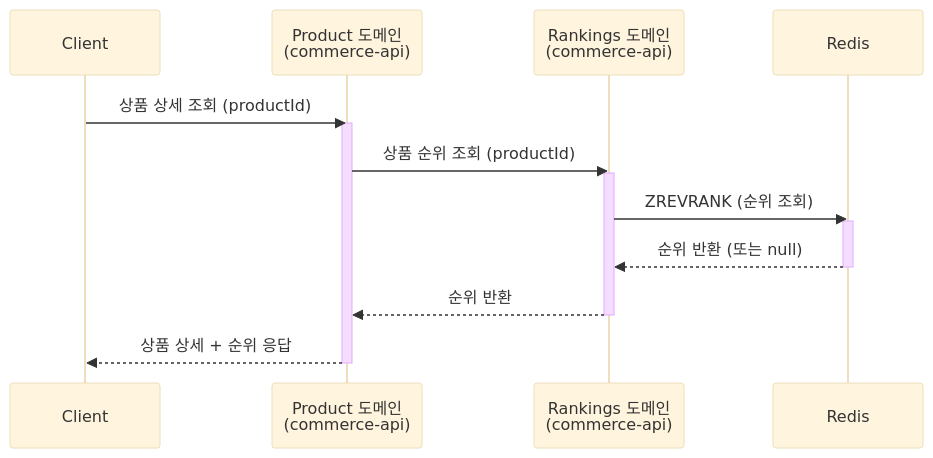
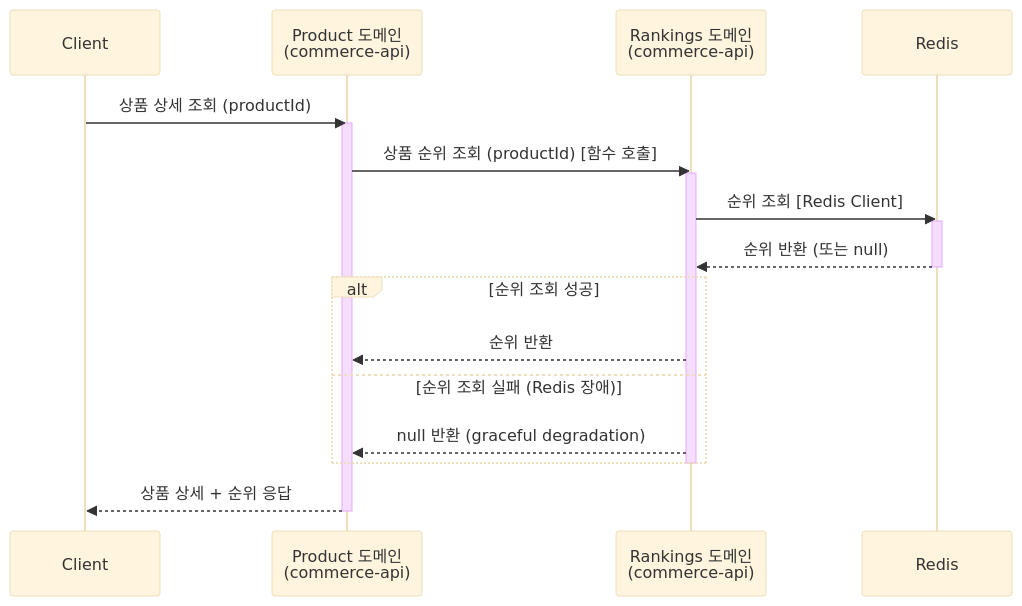
Before and after one commit to Loopers-dev-lab/loopers-spring-kotlin-template: the fourth of 5 diagrams in docs/week9/solution-design-ranking-system.md, drawn with Mermaid (base theme). The commit also changed other lines of this file and 5 other files, not shown here.

````diff
--- a/docs/week9/solution-design-ranking-system.md
+++ b/docs/week9/solution-design-ranking-system.md
@@ -241,22 +226,27 @@
 ```mermaid
 sequenceDiagram
     participant C as Client
     participant PS as Product 도메인<br/>(commerce-api)
     participant RS as Rankings 도메인<br/>(commerce-api)
     participant R as Redis
 
     C->>PS: 상품 상세 조회 (productId)
     activate PS
     
-    PS->>RS: 상품 순위 조회 (productId)
+    PS->>RS: 상품 순위 조회 (productId) [함수 호출]
     activate RS
-    RS->>R: ZREVRANK (순위 조회)
+    RS->>R: 순위 조회 [Redis Client]
     activate R
     R-->>RS: 순위 반환 (또는 null)
     deactivate R
-    RS-->>PS: 순위 반환
+    
+    alt 순위 조회 성공
+        RS-->>PS: 순위 반환
+    else 순위 조회 실패 (Redis 장애)
+        RS-->>PS: null 반환 (graceful degradation)
+    end
     deactivate RS
     
     PS-->>C: 상품 상세 + 순위 응답
     deactivate PS
 ```
````
